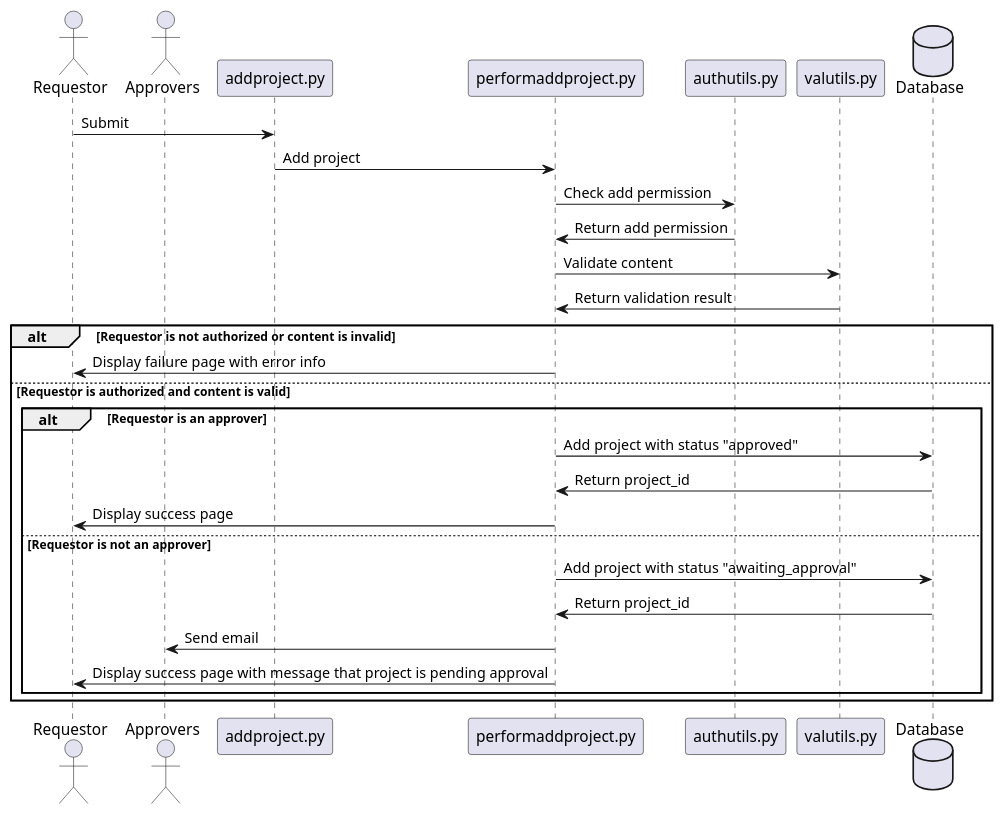
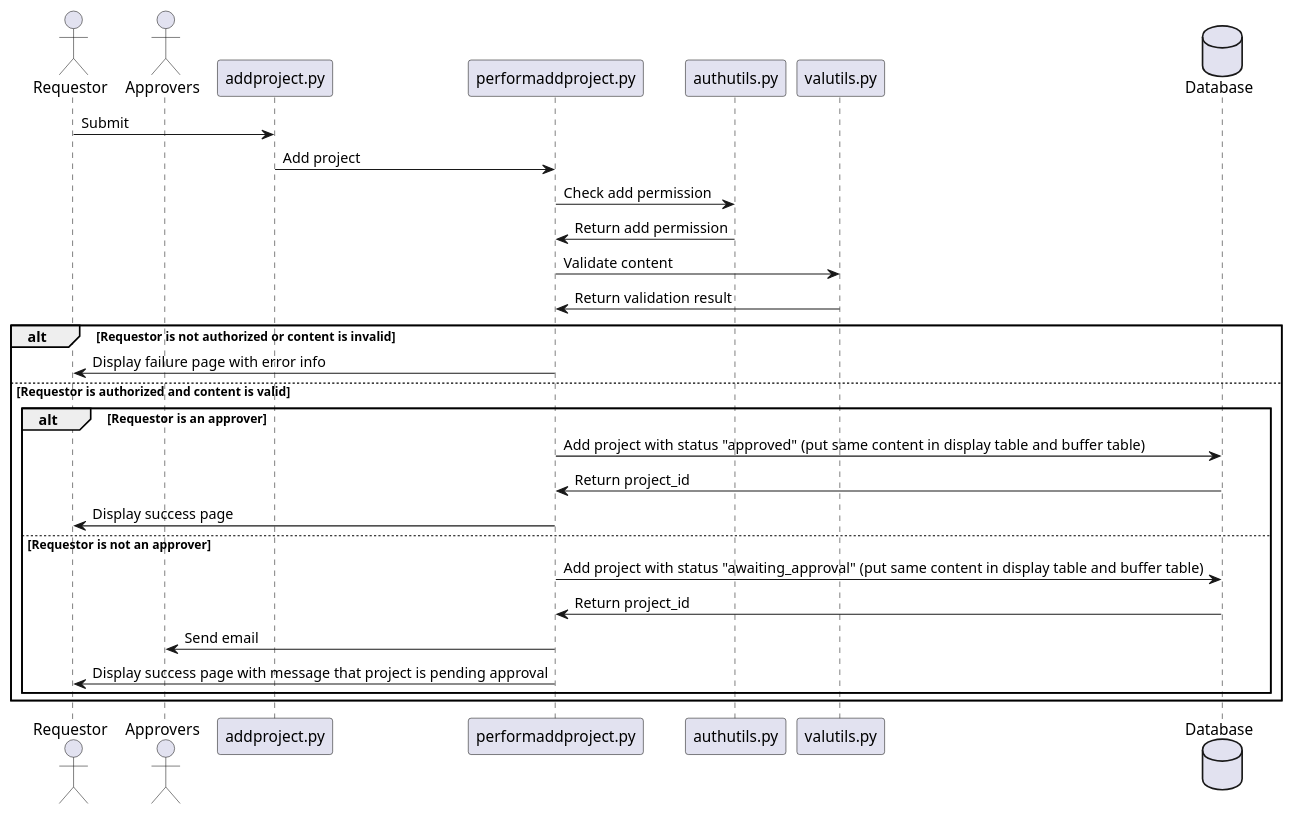
Before and after one commit to sipb/project-database: the diagram in documentation/addproject.puml, drawn with PlantUML. The commit also changed 2 other files, not shown here.

Commit message:
Draft of timing diagrams using display table.

```diff
--- a/documentation/addproject.puml
+++ b/documentation/addproject.puml
@@ -1,39 +1,39 @@
 @startuml
 actor Requestor
 actor Approvers
 participant addproject.py
 participant performaddproject.py
 participant authutils.py
 participant valutils.py
 database Database
 
 Requestor -> addproject.py : Submit
 addproject.py -> performaddproject.py : Add project
 performaddproject.py -> authutils.py : Check add permission
 authutils.py -> performaddproject.py : Return add permission
 performaddproject.py -> valutils.py : Validate content
 valutils.py -> performaddproject.py : Return validation result
 
 alt Requestor is not authorized or content is invalid
 
     performaddproject.py -> Requestor : Display failure page with error info
 
 else Requestor is authorized and content is valid
 
     alt Requestor is an approver
 
-        performaddproject.py -> Database : Add project with status "approved"
+        performaddproject.py -> Database : Add project with status "approved" (put same content in display table and buffer table)
         Database -> performaddproject.py : Return project_id
         performaddproject.py -> Requestor : Display success page
 
     else Requestor is not an approver
 
-        performaddproject.py -> Database : Add project with status "awaiting_approval"
+        performaddproject.py -> Database : Add project with status "awaiting_approval" (put same content in display table and buffer table)
         Database -> performaddproject.py : Return project_id
         performaddproject.py -> Approvers : Send email
         performaddproject.py -> Requestor : Display success page with message that project is pending approval
 
     end
 
 end
 @enduml
```
